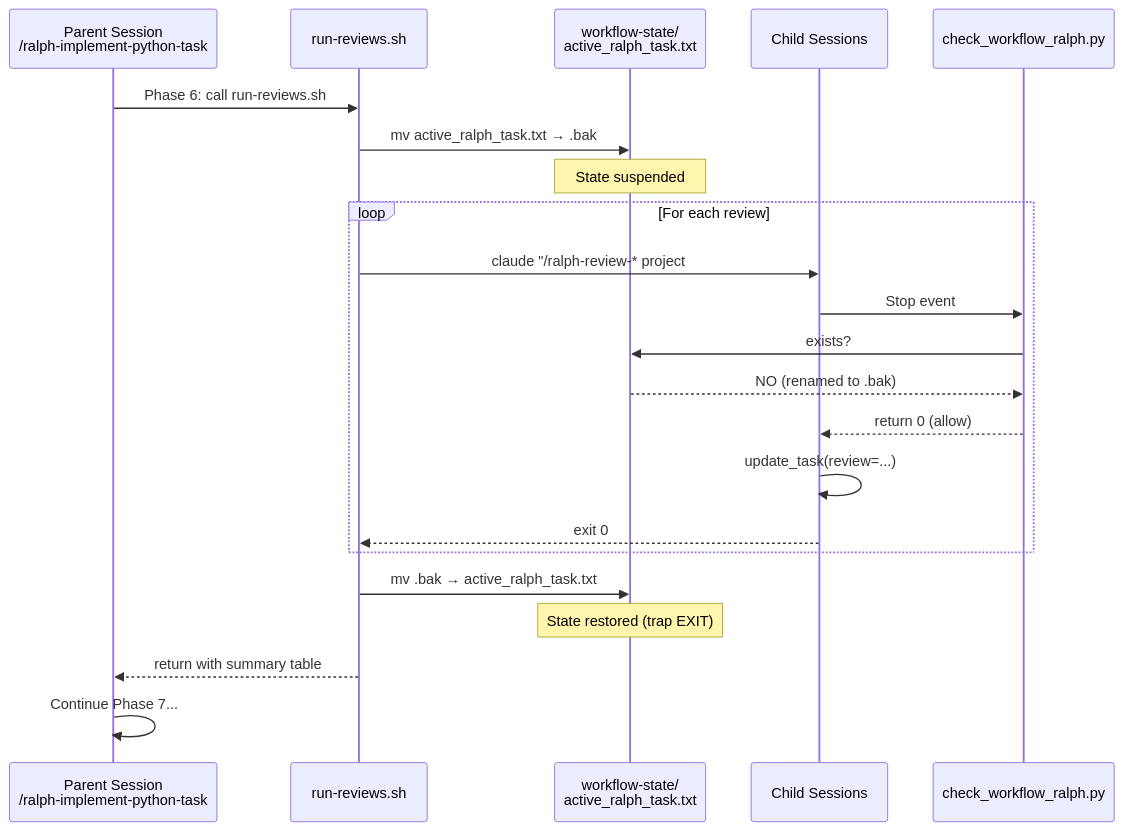
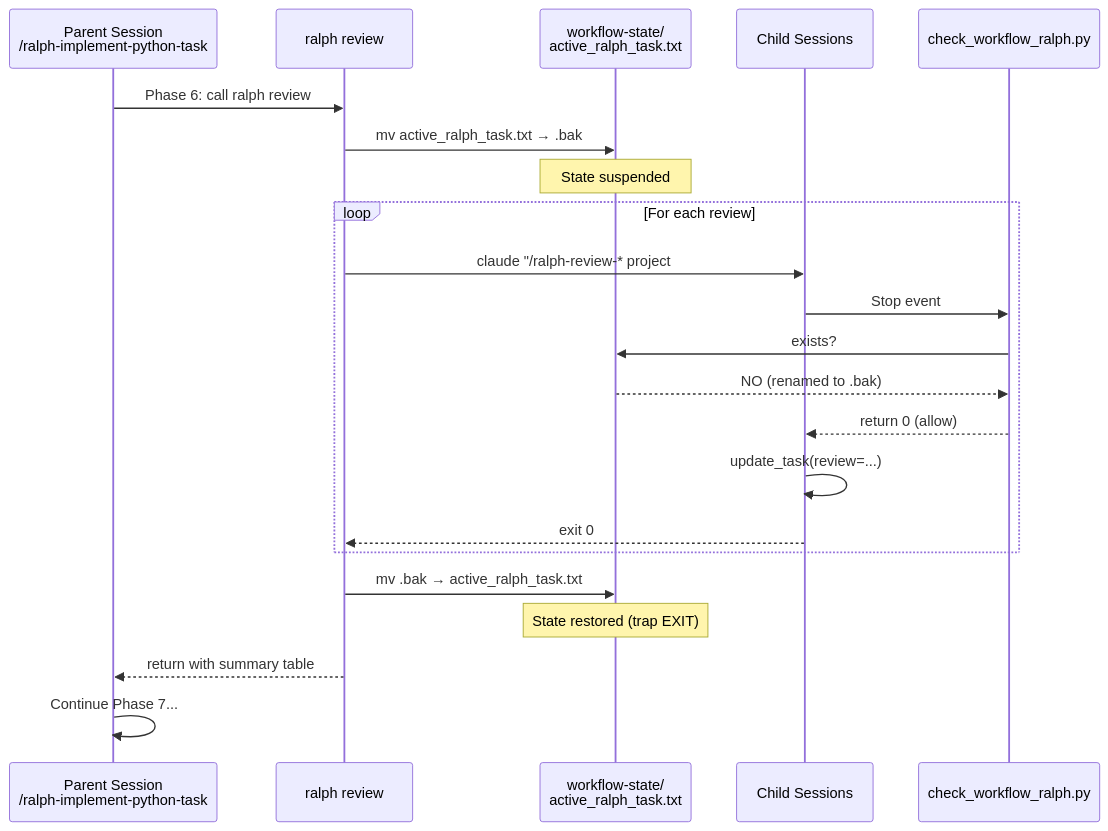
The first of 2 diagrams in CLAUDE.md (alexsteeel/.claude), drawn with Mermaid before and after one commit. The commit also changed other lines of this file and 20 other files, not shown here.

````diff
--- a/CLAUDE.md
+++ b/CLAUDE.md
@@ -318,27 +346,27 @@
 ```mermaid
 sequenceDiagram
     participant P as Parent Session<br>/ralph-implement-python-task
-    participant S as run-reviews.sh
+    participant R as ralph review
     participant F as workflow-state/<br>active_ralph_task.txt
     participant C as Child Sessions
     participant H as check_workflow_ralph.py
 
-    P->>S: Phase 6: call run-reviews.sh
-    S->>F: mv active_ralph_task.txt → .bak
+    P->>R: Phase 6: call ralph review
+    R->>F: mv active_ralph_task.txt → .bak
     Note over F: State suspended
 
     loop For each review
-        S->>C: claude "/ralph-review-* project#N"
+        R->>C: claude "/ralph-review-* project#N"
         C->>H: Stop event
         H->>F: exists?
         F-->>H: NO (renamed to .bak)
         H-->>C: return 0 (allow)
         C->>C: update_task(review=...)
-        C-->>S: exit 0
+        C-->>R: exit 0
     end
 
-    S->>F: mv .bak → active_ralph_task.txt
+    R->>F: mv .bak → active_ralph_task.txt
     Note over F: State restored (trap EXIT)
-    S-->>P: return with summary table
+    R-->>P: return with summary table
     P->>P: Continue Phase 7...
 ```
````
